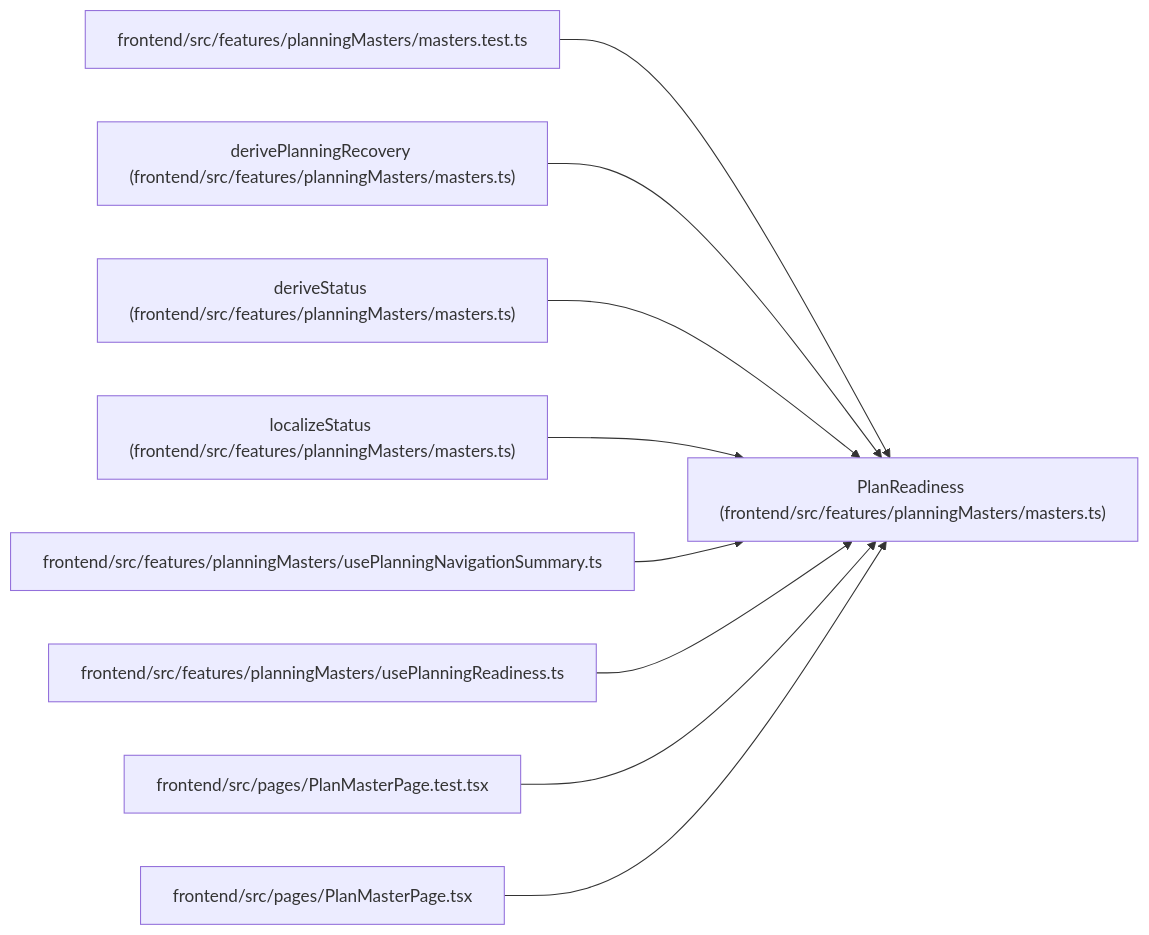
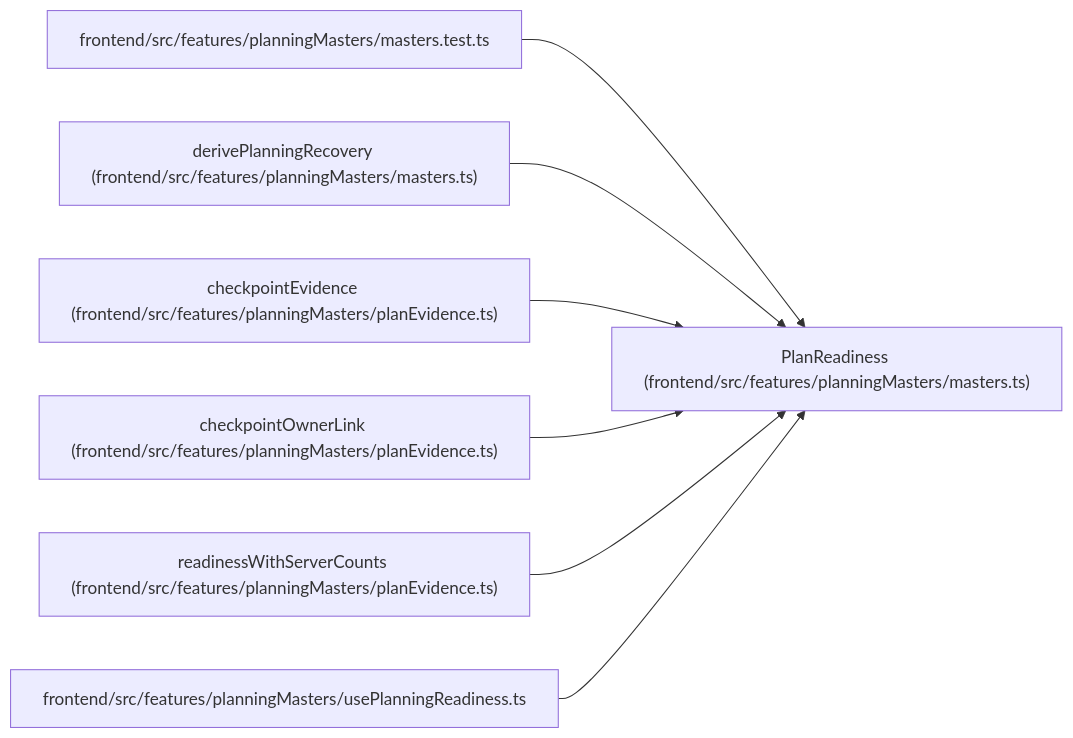
The diagram in docs/llm_wiki/entities/PlanReadiness.md (Denissvgn/WorkChord), drawn with Mermaid before and after one commit. The commit also changed other lines of this file and 2373 other files, not shown here.

````diff
--- a/docs/llm_wiki/entities/PlanReadiness.md
+++ b/docs/llm_wiki/entities/PlanReadiness.md
@@ -43,29 +42,23 @@
 ```mermaid
 flowchart LR
     n0["PlanReadiness (frontend/src/features/planningMasters/masters.ts)"]
     n1["frontend/src/features/planningMasters/masters.test.ts"]
     n2["derivePlanningRecovery (frontend/src/features/planningMasters/masters.ts)"]
-    n3["deriveStatus (frontend/src/features/planningMasters/masters.ts)"]
-    n4["localizeStatus (frontend/src/features/planningMasters/masters.ts)"]
-    n5["frontend/src/features/planningMasters/usePlanningNavigationSummary.ts"]
+    n3["checkpointEvidence (frontend/src/features/planningMasters/planEvidence.ts)"]
+    n4["checkpointOwnerLink (frontend/src/features/planningMasters/planEvidence.ts)"]
+    n5["readinessWithServerCounts (frontend/src/features/planningMasters/planEvidence.ts)"]
     n6["frontend/src/features/planningMasters/usePlanningReadiness.ts"]
-    n7["frontend/src/pages/PlanMasterPage.test.tsx"]
-    n8["frontend/src/pages/PlanMasterPage.tsx"]
     n1 --> n0
     n2 --> n0
     n3 --> n0
     n4 --> n0
     n5 --> n0
     n6 --> n0
-    n7 --> n0
-    n8 --> n0
     click n0 "../modules/planningMasters_masters.md"
     click n1 "../modules/planningMasters_masters.test.md"
     click n2 "../modules/planningMasters_masters.md"
-    click n3 "../modules/planningMasters_masters.md"
-    click n4 "../modules/planningMasters_masters.md"
-    click n5 "../modules/usePlanningNavigationSummary.md"
+    click n3 "../modules/planEvidence.md"
+    click n4 "../modules/planEvidence.md"
+    click n5 "../modules/planEvidence.md"
     click n6 "../modules/usePlanningReadiness.md"
-    click n7 "../modules/PlanMasterPage.test.md"
-    click n8 "../modules/PlanMasterPage.md"
 ```
````
